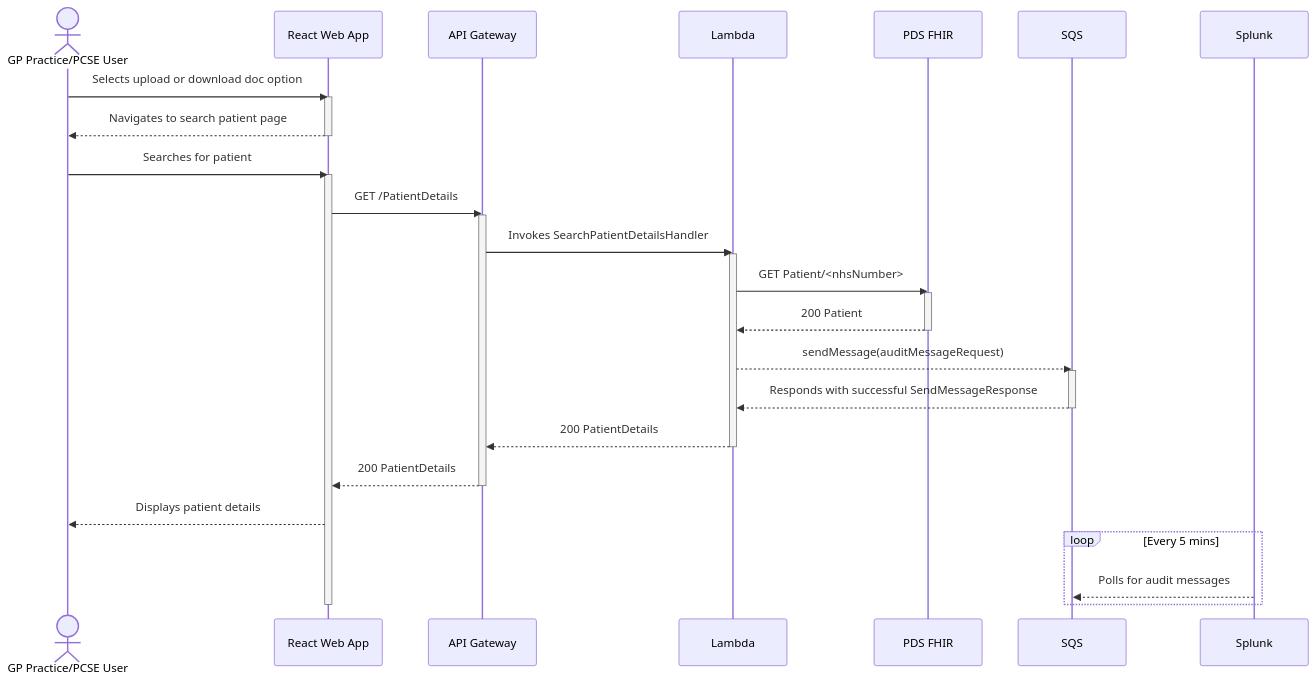
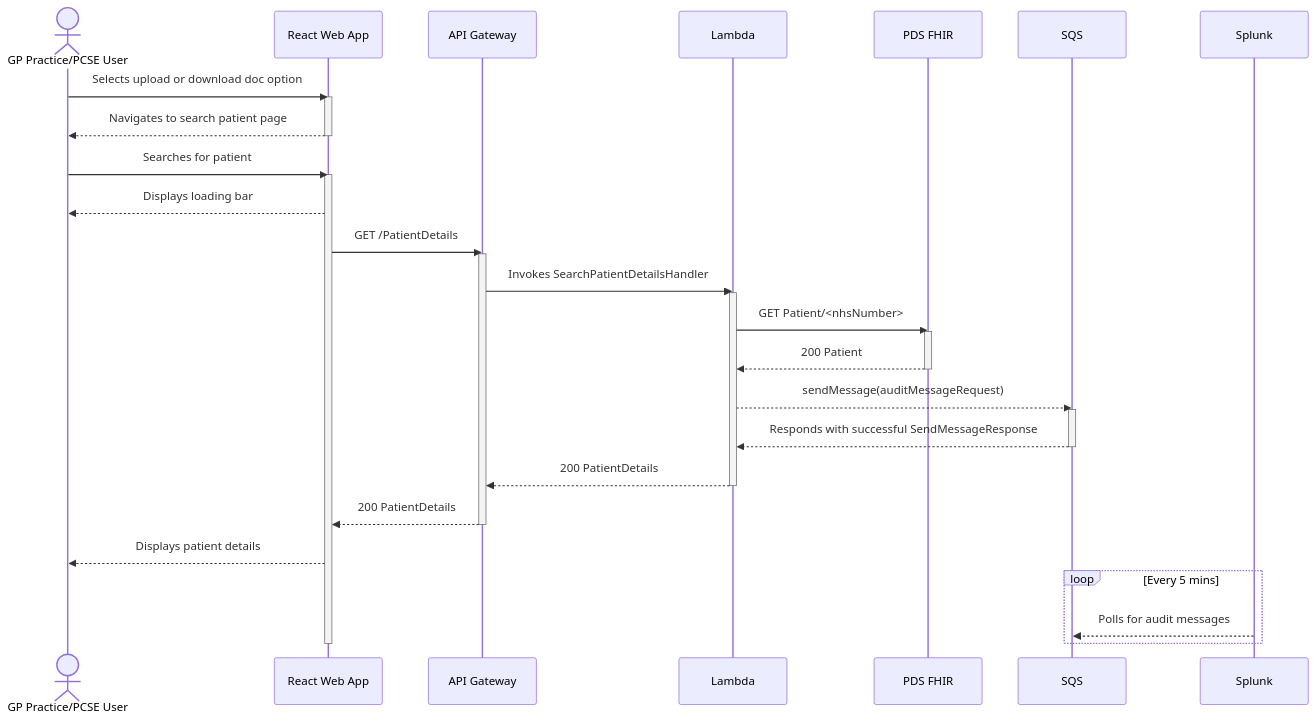
Before and after one commit to nhsconnect/document-store-prototype: the diagram in documentation/diagrams/sequence/search-patient-details.md, drawn with Mermaid. The commit also changed 1 other file, not shown here.

Commit message:
[PRMT-3059] Add sequence diagram for upload doc flow as-is and to-be (WIP)

````diff
--- a/documentation/diagrams/sequence/search-patient-details.md
+++ b/documentation/diagrams/sequence/search-patient-details.md
@@ -8,31 +8,32 @@
 ```mermaid
 sequenceDiagram
     actor GP Practice/PCSE User
     GP Practice/PCSE User->>React Web App: Selects upload or download doc option
     activate React Web App
     React Web App-->>GP Practice/PCSE User: Navigates to search patient page
     deactivate React Web App
     GP Practice/PCSE User->>React Web App: Searches for patient
     activate React Web App
+    React Web App-->>GP Practice/PCSE User: Displays loading bar
     React Web App->>API Gateway: GET /PatientDetails
     activate API Gateway
     API Gateway->>Lambda: Invokes SearchPatientDetailsHandler
     activate Lambda
     Lambda->>PDS FHIR: GET Patient/<nhsNumber>
     activate PDS FHIR
     PDS FHIR-->>Lambda: 200 Patient
     deactivate PDS FHIR
     Lambda-->>SQS: sendMessage(auditMessageRequest)
     activate SQS
     SQS-->>Lambda: Responds with successful SendMessageResponse
     deactivate SQS
     Lambda-->>API Gateway: 200 PatientDetails
     deactivate Lambda
     API Gateway-->>React Web App: 200 PatientDetails
     deactivate API Gateway
     React Web App-->>GP Practice/PCSE User: Displays patient details
     loop Every 5 mins
         Splunk-->>SQS: Polls for audit messages
     end
     deactivate React Web App
 ```
````
